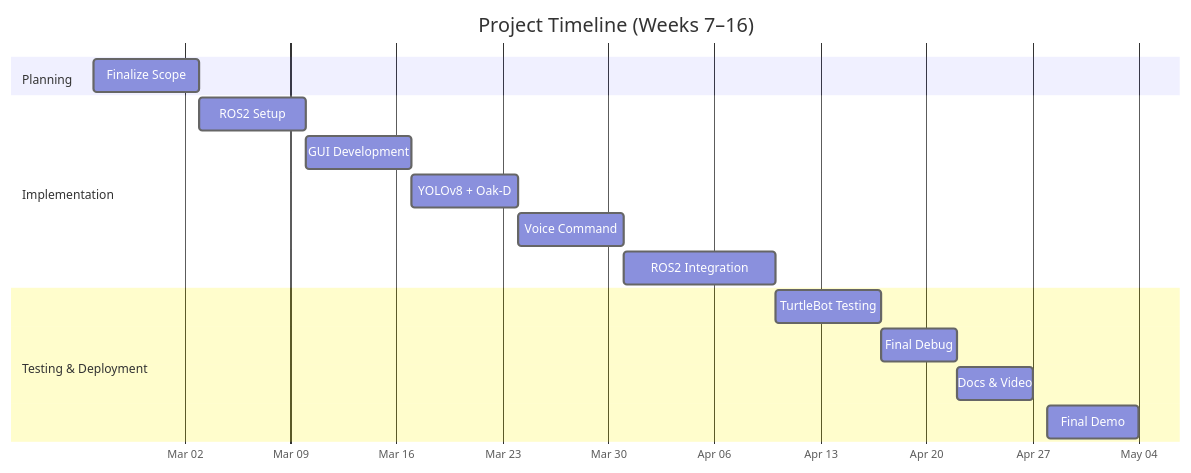
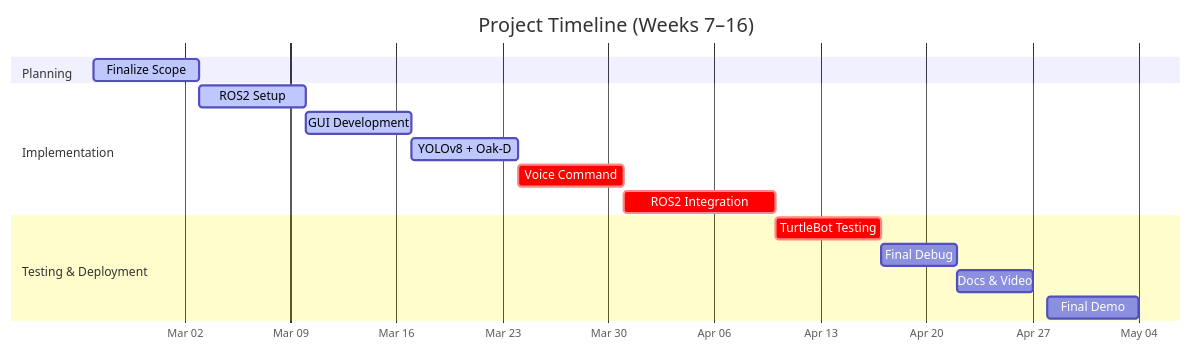
Before and after one commit to RAS598-2025-S-Team11/RAS598-2025-S-Team11.github.io: the first of 5 diagrams in docs/charts.md, drawn with Mermaid.

Commit message:
updated gantt chart

````diff
--- a/docs/charts.md
+++ b/docs/charts.md
@@ -15,37 +15,22 @@
 ```mermaid
-%%{ init: {
-  "theme": "default",
-  "themeVariables": {
-    "taskTextColor": "#ffffff",
-    "taskBorderColor": "#666666",
-    "taskFill": "#444444",
-    "fontSize": "14px",
-    "gridColor": "#999999"
-  },
-  "gantt": {
-    "barHeight": 30,
-    "barGap": 5
-  }
-} }%%
 gantt
     title Project Timeline (Weeks 7–16)
     dateFormat  YYYY-MM-DD
     axisFormat  %b %d
 
     section Planning
-    Finalize Scope            :milestone1, 2025-02-24, 7d
+    Finalize Scope            :active,milestone1, 2025-02-24, 7d
 
     section Implementation
-    ROS2 Setup                :milestone2, 2025-03-03, 7d
-    GUI Development           :milestone3, 2025-03-10, 7d
-    YOLOv8 + Oak-D            :milestone4, 2025-03-17, 7d
-    Voice Command             :milestone5, 2025-03-24, 7d
-    ROS2 Integration          :milestone6, 2025-03-31, 10d
+    ROS2 Setup                :active,milestone2, 2025-03-03, 7d
+    GUI Development           :active,milestone3, 2025-03-10, 7d
+    YOLOv8 + Oak-D            :active,milestone4, 2025-03-17, 7d
+    Voice Command             :crit,milestone5, 2025-03-24, 7d
+    ROS2 Integration          :crit,milestone6, 2025-03-31, 10d
 
     section Testing & Deployment
-    TurtleBot Testing         :milestone7, 2025-04-10, 7d
+    TurtleBot Testing         :crit,milestone7, 2025-04-10, 7d
     Final Debug               :milestone8, 2025-04-17, 5d
     Docs & Video              :milestone9, 2025-04-22, 5d
     Final Demo                :milestone10, 2025-04-28, 6d
-
 ```
````
